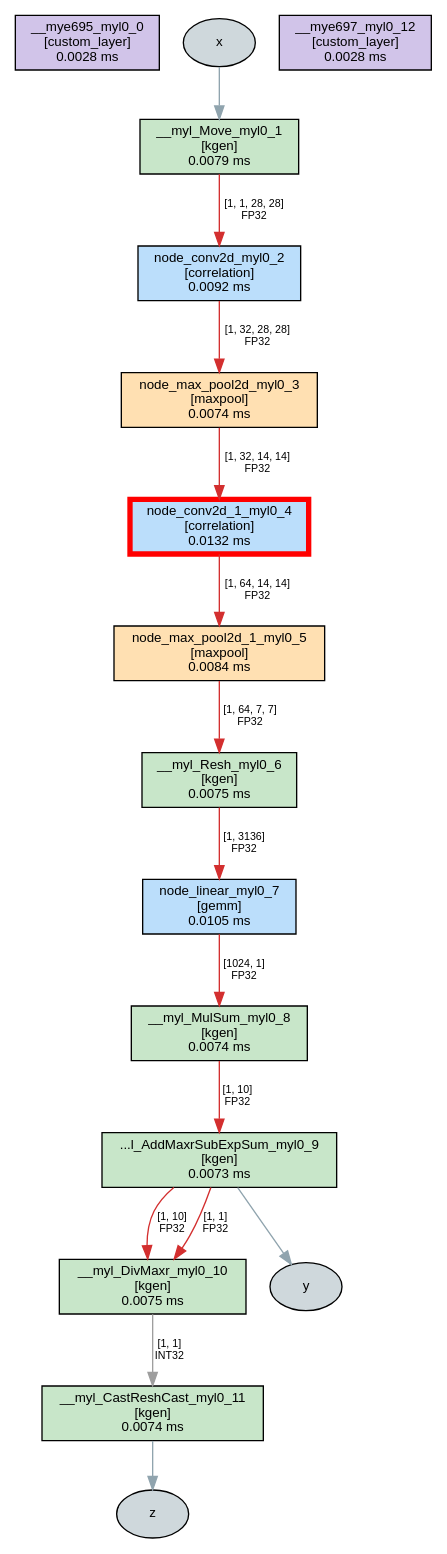
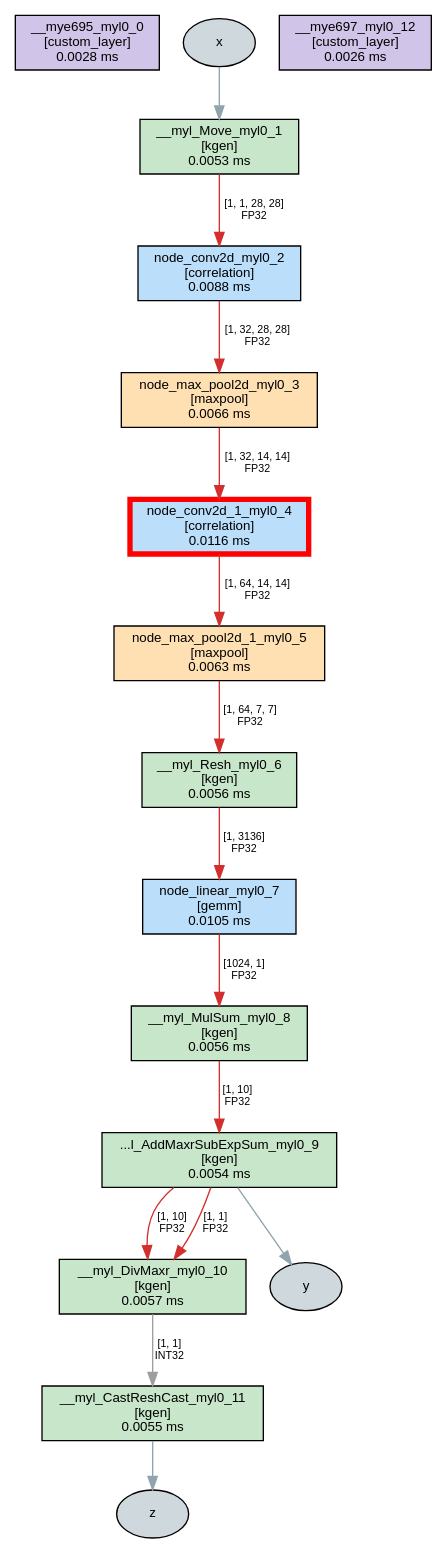
The diagram in cookbook/07-Tool/EngineVisualization/result-engine.gv (wili-65535/trt-samples-for-hackathon-cn), drawn with Graphviz before and after one commit. The commit also changed 359 other files, not shown here.

```diff
--- a/cookbook/07-Tool/EngineVisualization/result-engine.gv
+++ b/cookbook/07-Tool/EngineVisualization/result-engine.gv
@@ -3,18 +3,18 @@
   node [shape=rectangle, style=filled, fontname="Helvetica", fontsize=10];
   edge [fontname="Helvetica", fontsize=8];
   n0 [label="__mye695_myl0_0\n[custom_layer]\n0.0028 ms", fillcolor="#D1C4E9", tooltip="name: __mye695_myl0_0&#10;type: custom_layer&#10;latency: 0.0028 ms&#10;input: l2_cache_policy_inputs_0_myl0 [4] UInt8 (Linear) Row major linear format&#10;input: l2_cache_policy_inputs_1_myl0 [36] UInt8 (Linear) Row major linear format&#10;input: l2_cache_policy_inputs_2_myl0 [4] UInt8 (Linear) Row major linear format&#10;input: l2_cache_policy_inputs_3_myl0 [40] UInt8 (Linear) Row major linear format&#10;input: l2_cache_policy_inputs_4_myl0 [88] UInt8 (Linear) Row major linear format&#10;input: l2_cache_policy_inputs_5_myl0 [124] UInt8 (Linear) Row major linear format&#10;input: l2_cache_policy_inputs_6_myl0 [88] UInt8 (Linear) Row major linear format&#10;input: l2_cache_policy_inputs_7_myl0 [4] UInt8 (Linear) Row major linear format&#10;input: l2_cache_policy_inputs_8_myl0 [2748] UInt8 (Linear) Row major linear format&#10;input: l2_cache_policy_inputs_9_myl0 [9344] UInt8 (Linear) Row major linear format&#10;input: l2_cache_policy_inputs_10_myl0 [4096] UInt8 (Linear) Row major linear format&#10;input: l2_cache_policy_inputs_11_myl0 [64] UInt8 (Linear) Row major linear format&#10;input: l2_cache_policy_inputs_12_myl0 [33536] UInt8 (Linear) Row major linear format&#10;input: l2_cache_policy_inputs_13_myl0 [12544] UInt8 (Linear) Row major linear format&#10;input: l2_cache_policy_inputs_14_myl0 [40832] UInt8 (Linear) Row major linear format&#10;input: l2_cache_policy_inputs_15_myl0 [25088] UInt8 (Linear) Row major linear format&#10;input: l2_cache_management_device_0_myl0 [256] UInt64 (Linear) Row major linear format&#10;input: l2_cache_management_host_0_myl0 [1] UInt64 (Linear) Row major linear format"];
-  n1 [label="__myl_Move_myl0_1\n[kgen]\n0.0079 ms", fillcolor="#C8E6C9", tooltip="name: __myl_Move_myl0_1&#10;type: kgen&#10;tactic: __myl_Move_0x7c5792c8b90390f33ed500020cefee34&#10;latency: 0.0079 ms&#10;input: x [1, 1, 28, 28] Float (Linear) Row major linear format&#10;output: relu.1_2_myl0 [1, 1, 28, 28] Float (NHWC) Channel major format"];
-  n2 [label="node_conv2d_myl0_2\n[correlation]\n0.0092 ms", fillcolor="#BBDEFB", tooltip="name: node_conv2d_myl0_2&#10;type: correlation&#10;tactic: sm80_xmma_fprop_implicit_gemm_indexed_wo_smem_f32f32_tf32f32_f32_nhwckrsc_nhwc_tilesize128x16x32_stage1_warpsize4x1x1_g1_tensor16x8x8_aligna4_alignc8&#10;metadata: [ONNX Layer: node_conv2d][ONNX Layer: node_relu]&#10;constants: [{'Name': '__mye612dconst_myl0', 'Dimensions': [32, 1, 5, 5], 'Strides': [25, 1, 5, 1], 'StrideOrder': [3, 0, 2, 1], 'Datatype': 'Float', 'Format': '(NHWC) Channel major format'}, {'Name': '__mye699_const_myl0', 'Dimensions': [1], 'Strides': [1], 'StrideOrder': [0], 'Datatype': 'Float', 'Format': '(Linear) Row major linear format'}, {'Name': '__mye703_const_myl0', 'Dimensions': [1], 'Strides': [1], 'StrideOrder': [0], 'Datatype': 'Float', 'Format': '(Linear) Row major linear format'}, {'Name': '__mye617dconst_myl0', 'Dimensions': [1, 32, 1, 1], 'Strides': [32, 1, 32, 32], 'StrideOrder': [3, 0, 2, 1], 'Datatype': 'Float', 'Format': '(NHWC) Channel major format'}]&#10;latency: 0.0092 ms&#10;input: relu.1_2_myl0 [1, 1, 28, 28] Float (NHWC) Channel major format&#10;output: max_pool2d.1_3_myl0 [1, 32, 28, 28] Float (NHWC) Channel major format"];
-  n3 [label="node_max_pool2d_myl0_3\n[maxpool]\n0.0074 ms", fillcolor="#FFE0B2", tooltip="name: node_max_pool2d_myl0_3&#10;type: maxpool&#10;tactic: sm50_xmma_pooling_max_nhwc_FP32FP32_WINDOWSIZE_0_PROPAGATE_NAN_2D&#10;metadata: [ONNX Layer: node_max_pool2d]&#10;latency: 0.0074 ms&#10;input: max_pool2d.1_3_myl0 [1, 32, 28, 28] Float (NHWC) Channel major format&#10;output: relu_1.1_4_myl0 [1, 32, 14, 14] Float (NHWC) Channel major format"];
-  n4 [label="node_conv2d_1_myl0_4\n[correlation]\n0.0132 ms", fillcolor="#BBDEFB", tooltip="name: node_conv2d_1_myl0_4&#10;type: correlation&#10;tactic: cutlass3x_sm100_tensorop_s128x128x8tf32implicit_gemm_fprop_f32_f32_f32_f32_f32_f32_128x128x32_dyn_cga_ndhwc_ndhwc_ndhwc_align4_2sm_relu_valpha_vbeta&#10;metadata: [ONNX Layer: node_conv2d_1][ONNX Layer: node_relu_1]&#10;constants: [{'Name': '__mye622dconst_myl0', 'Dimensions': [64, 32, 5, 5], 'Strides': [800, 1, 160, 32], 'StrideOrder': [3, 0, 2, 1], 'Datatype': 'Float', 'Format': '(NHWC) Channel major format'}, {'Name': '__mye699_const_myl0', 'Dimensions': [1], 'Strides': [1], 'StrideOrder': [0], 'Datatype': 'Float', 'Format': '(Linear) Row major linear format'}, {'Name': '__mye703_const_myl0', 'Dimensions': [1], 'Strides': [1], 'StrideOrder': [0], 'Datatype': 'Float', 'Format': '(Linear) Row major linear format'}, {'Name': '__mye627dconst_myl0', 'Dimensions': [1, 64, 1, 1], 'Strides': [64, 1, 64, 64], 'StrideOrder': [3, 0, 2, 1], 'Datatype': 'Float', 'Format': '(NHWC) Channel major format'}]&#10;latency: 0.0132 ms&#10;input: relu_1.1_4_myl0 [1, 32, 14, 14] Float (NHWC) Channel major format&#10;output: max_pool2d_1.1_5_myl0 [1, 64, 14, 14] Float (NHWC) Channel major format", penwidth=4, color="red"];
-  n5 [label="node_max_pool2d_1_myl0_5\n[maxpool]\n0.0084 ms", fillcolor="#FFE0B2", tooltip="name: node_max_pool2d_1_myl0_5&#10;type: maxpool&#10;tactic: sm50_xmma_pooling_max_nhwc_FP32FP32_WINDOWSIZE_0_PROPAGATE_NAN_2D&#10;metadata: [ONNX Layer: node_max_pool2d_1]&#10;latency: 0.0084 ms&#10;input: max_pool2d_1.1_5_myl0 [1, 64, 14, 14] Float (NHWC) Channel major format&#10;output: __myln_k_arg__bb1_6_myl0 [1, 64, 7, 7] Float (NHWC) Channel major format"];
-  n6 [label="__myl_Resh_myl0_6\n[kgen]\n0.0075 ms", fillcolor="#C8E6C9", tooltip="name: __myl_Resh_myl0_6&#10;type: kgen&#10;tactic: __myl_Resh_0x4155422b648f1f4214c3704bba2e00a0&#10;metadata: [ONNX Layer: node_view]&#10;latency: 0.0075 ms&#10;input: __myln_k_arg__bb1_6_myl0 [1, 64, 7, 7] Float (NHWC) Channel major format&#10;output: relu_2.1_7_myl0 [1, 3136] Float (Linear) Row major linear format"];
-  n7 [label="node_linear_myl0_7\n[gemm]\n0.0105 ms", fillcolor="#BBDEFB", tooltip="name: node_linear_myl0_7&#10;type: gemm&#10;tactic: sm50_xmma_cublas_gemvx_f32f32_f32_f32_tn_n_int32_unit_n_launch_param4x32x32_strided_unit_stride&#10;metadata: [ONNX Layer: node_linear][ONNX Layer: node_relu_2]&#10;constants: [{'Name': 'gemm1.weight_constantFloat_myl0', 'Dimensions': [3136, 1024], 'Strides': [1, 3136], 'StrideOrder': [0, 1], 'Datatype': 'Float', 'Format': '(Transposed) Transposed format'}, {'Name': '__mye504node_linear_alpha_myl0', 'Dimensions': [1], 'Strides': [1], 'StrideOrder': [0], 'Datatype': 'Float', 'Format': '(Linear) Row major linear format'}, {'Name': '__mye505node_linear_beta_myl0', 'Dimensions': [1], 'Strides': [1], 'StrideOrder': [0], 'Datatype': 'Float', 'Format': '(Linear) Row major linear format'}, {'Name': 'gemm1.bias + ONNXTRT_Broadcast_constantFloat_myl0', 'Dimensions': [1, 1024], 'Strides': [1024, 1], 'StrideOrder': [1, 0], 'Datatype': 'Float', 'Format': '(Linear) Row major linear format'}]&#10;latency: 0.0105 ms&#10;input: relu_2.1_7_myl0 [1, 3136] Float (Linear) Row major linear format&#10;output: relu_2.1_myl0 [1, 1024] Float (Linear) Row major linear format"];
-  n8 [label="__myl_MulSum_myl0_8\n[kgen]\n0.0074 ms", fillcolor="#C8E6C9", tooltip="name: __myl_MulSum_myl0_8&#10;type: kgen&#10;tactic: __myl_MulSum_0xf51780477f7b66bae3896079c053d676&#10;metadata: [ONNX Layer: node_linear_1]&#10;constants: [{'Name': 'gemm2.weight_constantFloat_myl0', 'Dimensions': [1024, 10], 'Strides': [1, 1024], 'StrideOrder': [0, 1], 'Datatype': 'Float', 'Format': '(Transposed) Transposed format'}]&#10;latency: 0.0074 ms&#10;input: relu_2.1_myl0 [1024, 1] Float (Linear) Row major linear format&#10;output: __myln_k_arg__bb1_9_myl0 [1, 10] Float (Linear) Row major linear format"];
-  n9 [label="...l_AddMaxrSubExpSum_myl0_9\n[kgen]\n0.0073 ms", fillcolor="#C8E6C9", tooltip="name: __myl_AddMaxrSubExpSum_myl0_9&#10;type: kgen&#10;tactic: __myl_AddMaxrSubExpSum_0x574acd01f7517732d5f2fd1c9042a089&#10;metadata: [ONNX Layer: node_linear_1][ONNX Layer: node_softmax]&#10;constants: [{'Name': 'gemm2.bias + ONNXTRT_Broadcast_4_constantFloat_myl0', 'Dimensions': [1, 10], 'Strides': [10, 1], 'StrideOrder': [1, 0], 'Datatype': 'Float', 'Format': '(Linear) Row major linear format'}]&#10;latency: 0.0073 ms&#10;input: __myln_k_arg__bb1_9_myl0 [1, 10] Float (Linear) Row major linear format&#10;output: __myln_k_arg__bb1_12_myl0 [1, 10] Float (Linear) Row major linear format&#10;output: __myln_k_arg__bb1_11_myl0 [1, 1] Float (Linear) Row major linear format&#10;output: y [1, 10] Float (Linear) Row major linear format"];
-  n10 [label="__myl_DivMaxr_myl0_10\n[kgen]\n0.0075 ms", fillcolor="#C8E6C9", tooltip="name: __myl_DivMaxr_myl0_10&#10;type: kgen&#10;tactic: __myl_DivMaxr_0xb586b6ef538ec22645e83c2d48682616&#10;metadata: [ONNX Layer: node_softmax][ONNX Layer: node_argmax]&#10;latency: 0.0075 ms&#10;input: __myln_k_arg__bb1_12_myl0 [1, 10] Float (Linear) Row major linear format&#10;input: __myln_k_arg__bb1_11_myl0 [1, 1] Float (Linear) Row major linear format&#10;output: node_argmax_output.1_myl0 [1, 1] Float (Linear) Row major linear format&#10;output: __myln_k_arg__bb1_14_myl0 [1, 1] Int32 (Linear) Row major linear format"];
-  n11 [label="__myl_CastReshCast_myl0_11\n[kgen]\n0.0074 ms", fillcolor="#C8E6C9", tooltip="name: __myl_CastReshCast_myl0_11&#10;type: kgen&#10;tactic: __myl_CastReshCast_0x5baf1ddb7083512f99818d0d7872c872&#10;latency: 0.0074 ms&#10;input: __myln_k_arg__bb1_14_myl0 [1, 1] Int32 (Linear) Row major linear format&#10;output: z [1] Int64 (Linear) Row major linear format"];
-  n12 [label="__mye697_myl0_12\n[custom_layer]\n0.0028 ms", fillcolor="#D1C4E9", tooltip="name: __mye697_myl0_12&#10;type: custom_layer&#10;latency: 0.0028 ms&#10;input: l2_cache_policy_inputs_0_myl0 [4] UInt8 (Linear) Row major linear format&#10;input: l2_cache_policy_inputs_1_myl0 [36] UInt8 (Linear) Row major linear format&#10;input: l2_cache_policy_inputs_2_myl0 [4] UInt8 (Linear) Row major linear format&#10;input: l2_cache_policy_inputs_3_myl0 [40] UInt8 (Linear) Row major linear format&#10;input: l2_cache_policy_inputs_4_myl0 [88] UInt8 (Linear) Row major linear format&#10;input: l2_cache_policy_inputs_5_myl0 [124] UInt8 (Linear) Row major linear format&#10;input: l2_cache_policy_inputs_6_myl0 [88] UInt8 (Linear) Row major linear format&#10;input: l2_cache_policy_inputs_7_myl0 [4] UInt8 (Linear) Row major linear format&#10;input: l2_cache_policy_inputs_8_myl0 [2748] UInt8 (Linear) Row major linear format&#10;input: l2_cache_policy_inputs_9_myl0 [9344] UInt8 (Linear) Row major linear format&#10;input: l2_cache_policy_inputs_10_myl0 [4096] UInt8 (Linear) Row major linear format&#10;input: l2_cache_policy_inputs_11_myl0 [64] UInt8 (Linear) Row major linear format&#10;input: l2_cache_policy_inputs_12_myl0 [33536] UInt8 (Linear) Row major linear format&#10;input: l2_cache_policy_inputs_13_myl0 [12544] UInt8 (Linear) Row major linear format&#10;input: l2_cache_policy_inputs_14_myl0 [40832] UInt8 (Linear) Row major linear format&#10;input: l2_cache_policy_inputs_15_myl0 [25088] UInt8 (Linear) Row major linear format&#10;input: l2_cache_management_device_0_myl0 [256] UInt64 (Linear) Row major linear format&#10;input: l2_cache_management_host_0_myl0 [1] UInt64 (Linear) Row major linear format"];
+  n1 [label="__myl_Move_myl0_1\n[kgen]\n0.0053 ms", fillcolor="#C8E6C9", tooltip="name: __myl_Move_myl0_1&#10;type: kgen&#10;tactic: __myl_Move_0x7c5792c8b90390f33ed500020cefee34&#10;latency: 0.0053 ms&#10;input: x [1, 1, 28, 28] Float (Linear) Row major linear format&#10;output: relu.1_2_myl0 [1, 1, 28, 28] Float (NHWC) Channel major format"];
+  n2 [label="node_conv2d_myl0_2\n[correlation]\n0.0088 ms", fillcolor="#BBDEFB", tooltip="name: node_conv2d_myl0_2&#10;type: correlation&#10;tactic: sm80_xmma_fprop_implicit_gemm_indexed_wo_smem_f32f32_tf32f32_f32_nhwckrsc_nhwc_tilesize128x16x32_stage1_warpsize4x1x1_g1_tensor16x8x8_aligna4_alignc8&#10;metadata: [ONNX Layer: node_conv2d][ONNX Layer: node_relu]&#10;constants: [{'Name': '__mye612dconst_myl0', 'Dimensions': [32, 1, 5, 5], 'Strides': [25, 1, 5, 1], 'StrideOrder': [3, 0, 2, 1], 'Datatype': 'Float', 'Format': '(NHWC) Channel major format'}, {'Name': '__mye699_const_myl0', 'Dimensions': [1], 'Strides': [1], 'StrideOrder': [0], 'Datatype': 'Float', 'Format': '(Linear) Row major linear format'}, {'Name': '__mye703_const_myl0', 'Dimensions': [1], 'Strides': [1], 'StrideOrder': [0], 'Datatype': 'Float', 'Format': '(Linear) Row major linear format'}, {'Name': '__mye617dconst_myl0', 'Dimensions': [1, 32, 1, 1], 'Strides': [32, 1, 32, 32], 'StrideOrder': [3, 0, 2, 1], 'Datatype': 'Float', 'Format': '(NHWC) Channel major format'}]&#10;latency: 0.0088 ms&#10;input: relu.1_2_myl0 [1, 1, 28, 28] Float (NHWC) Channel major format&#10;output: max_pool2d.1_3_myl0 [1, 32, 28, 28] Float (NHWC) Channel major format"];
+  n3 [label="node_max_pool2d_myl0_3\n[maxpool]\n0.0066 ms", fillcolor="#FFE0B2", tooltip="name: node_max_pool2d_myl0_3&#10;type: maxpool&#10;tactic: sm50_xmma_pooling_max_nhwc_FP32FP32_WINDOWSIZE_0_PROPAGATE_NAN_2D&#10;metadata: [ONNX Layer: node_max_pool2d]&#10;latency: 0.0066 ms&#10;input: max_pool2d.1_3_myl0 [1, 32, 28, 28] Float (NHWC) Channel major format&#10;output: relu_1.1_4_myl0 [1, 32, 14, 14] Float (NHWC) Channel major format"];
+  n4 [label="node_conv2d_1_myl0_4\n[correlation]\n0.0116 ms", fillcolor="#BBDEFB", tooltip="name: node_conv2d_1_myl0_4&#10;type: correlation&#10;tactic: cutlass3x_sm100_tensorop_s256x128x8tf32implicit_gemm_fprop_f32_f32_f32_f32_f32_f32_256x128x32_dyn_cga_ndhwc_ndhwc_ndhwc_align4_2sm_relu_valpha_vbeta&#10;metadata: [ONNX Layer: node_conv2d_1][ONNX Layer: node_relu_1]&#10;constants: [{'Name': '__mye622dconst_myl0', 'Dimensions': [64, 32, 5, 5], 'Strides': [800, 1, 160, 32], 'StrideOrder': [3, 0, 2, 1], 'Datatype': 'Float', 'Format': '(NHWC) Channel major format'}, {'Name': '__mye699_const_myl0', 'Dimensions': [1], 'Strides': [1], 'StrideOrder': [0], 'Datatype': 'Float', 'Format': '(Linear) Row major linear format'}, {'Name': '__mye703_const_myl0', 'Dimensions': [1], 'Strides': [1], 'StrideOrder': [0], 'Datatype': 'Float', 'Format': '(Linear) Row major linear format'}, {'Name': '__mye627dconst_myl0', 'Dimensions': [1, 64, 1, 1], 'Strides': [64, 1, 64, 64], 'StrideOrder': [3, 0, 2, 1], 'Datatype': 'Float', 'Format': '(NHWC) Channel major format'}]&#10;latency: 0.0116 ms&#10;input: relu_1.1_4_myl0 [1, 32, 14, 14] Float (NHWC) Channel major format&#10;output: max_pool2d_1.1_5_myl0 [1, 64, 14, 14] Float (NHWC) Channel major format", penwidth=4, color="red"];
+  n5 [label="node_max_pool2d_1_myl0_5\n[maxpool]\n0.0063 ms", fillcolor="#FFE0B2", tooltip="name: node_max_pool2d_1_myl0_5&#10;type: maxpool&#10;tactic: sm50_xmma_pooling_max_nhwc_FP32FP32_WINDOWSIZE_0_PROPAGATE_NAN_2D&#10;metadata: [ONNX Layer: node_max_pool2d_1]&#10;latency: 0.0063 ms&#10;input: max_pool2d_1.1_5_myl0 [1, 64, 14, 14] Float (NHWC) Channel major format&#10;output: __myln_k_arg__bb1_6_myl0 [1, 64, 7, 7] Float (NHWC) Channel major format"];
+  n6 [label="__myl_Resh_myl0_6\n[kgen]\n0.0056 ms", fillcolor="#C8E6C9", tooltip="name: __myl_Resh_myl0_6&#10;type: kgen&#10;tactic: __myl_Resh_0x4155422b648f1f4214c3704bba2e00a0&#10;metadata: [ONNX Layer: node_view]&#10;latency: 0.0056 ms&#10;input: __myln_k_arg__bb1_6_myl0 [1, 64, 7, 7] Float (NHWC) Channel major format&#10;output: relu_2.1_7_myl0 [1, 3136] Float (Linear) Row major linear format"];
+  n7 [label="node_linear_myl0_7\n[gemm]\n0.0105 ms", fillcolor="#BBDEFB", tooltip="name: node_linear_myl0_7&#10;type: gemm&#10;tactic: sm50_xmma_cublas_gemvx_f32f32_f32_f32_tn_n_int32_unit_n_launch_param8x32x32_strided_unit_stride&#10;metadata: [ONNX Layer: node_linear][ONNX Layer: node_relu_2]&#10;constants: [{'Name': 'gemm1.weight_constantFloat_myl0', 'Dimensions': [3136, 1024], 'Strides': [1, 3136], 'StrideOrder': [0, 1], 'Datatype': 'Float', 'Format': '(Transposed) Transposed format'}, {'Name': '__mye504node_linear_alpha_myl0', 'Dimensions': [1], 'Strides': [1], 'StrideOrder': [0], 'Datatype': 'Float', 'Format': '(Linear) Row major linear format'}, {'Name': '__mye505node_linear_beta_myl0', 'Dimensions': [1], 'Strides': [1], 'StrideOrder': [0], 'Datatype': 'Float', 'Format': '(Linear) Row major linear format'}, {'Name': 'gemm1.bias + ONNXTRT_Broadcast_constantFloat_myl0', 'Dimensions': [1, 1024], 'Strides': [1024, 1], 'StrideOrder': [1, 0], 'Datatype': 'Float', 'Format': '(Linear) Row major linear format'}]&#10;latency: 0.0105 ms&#10;input: relu_2.1_7_myl0 [1, 3136] Float (Linear) Row major linear format&#10;output: relu_2.1_myl0 [1, 1024] Float (Linear) Row major linear format"];
+  n8 [label="__myl_MulSum_myl0_8\n[kgen]\n0.0056 ms", fillcolor="#C8E6C9", tooltip="name: __myl_MulSum_myl0_8&#10;type: kgen&#10;tactic: __myl_MulSum_0xf51780477f7b66bae3896079c053d676&#10;metadata: [ONNX Layer: node_linear_1]&#10;constants: [{'Name': 'gemm2.weight_constantFloat_myl0', 'Dimensions': [1024, 10], 'Strides': [1, 1024], 'StrideOrder': [0, 1], 'Datatype': 'Float', 'Format': '(Transposed) Transposed format'}]&#10;latency: 0.0056 ms&#10;input: relu_2.1_myl0 [1024, 1] Float (Linear) Row major linear format&#10;output: __myln_k_arg__bb1_9_myl0 [1, 10] Float (Linear) Row major linear format"];
+  n9 [label="...l_AddMaxrSubExpSum_myl0_9\n[kgen]\n0.0054 ms", fillcolor="#C8E6C9", tooltip="name: __myl_AddMaxrSubExpSum_myl0_9&#10;type: kgen&#10;tactic: __myl_AddMaxrSubExpSum_0x574acd01f7517732d5f2fd1c9042a089&#10;metadata: [ONNX Layer: node_linear_1][ONNX Layer: node_softmax]&#10;constants: [{'Name': 'gemm2.bias + ONNXTRT_Broadcast_4_constantFloat_myl0', 'Dimensions': [1, 10], 'Strides': [10, 1], 'StrideOrder': [1, 0], 'Datatype': 'Float', 'Format': '(Linear) Row major linear format'}]&#10;latency: 0.0054 ms&#10;input: __myln_k_arg__bb1_9_myl0 [1, 10] Float (Linear) Row major linear format&#10;output: __myln_k_arg__bb1_12_myl0 [1, 10] Float (Linear) Row major linear format&#10;output: __myln_k_arg__bb1_11_myl0 [1, 1] Float (Linear) Row major linear format&#10;output: y [1, 10] Float (Linear) Row major linear format"];
+  n10 [label="__myl_DivMaxr_myl0_10\n[kgen]\n0.0057 ms", fillcolor="#C8E6C9", tooltip="name: __myl_DivMaxr_myl0_10&#10;type: kgen&#10;tactic: __myl_DivMaxr_0xb586b6ef538ec22645e83c2d48682616&#10;metadata: [ONNX Layer: node_softmax][ONNX Layer: node_argmax]&#10;latency: 0.0057 ms&#10;input: __myln_k_arg__bb1_12_myl0 [1, 10] Float (Linear) Row major linear format&#10;input: __myln_k_arg__bb1_11_myl0 [1, 1] Float (Linear) Row major linear format&#10;output: node_argmax_output.1_myl0 [1, 1] Float (Linear) Row major linear format&#10;output: __myln_k_arg__bb1_14_myl0 [1, 1] Int32 (Linear) Row major linear format"];
+  n11 [label="__myl_CastReshCast_myl0_11\n[kgen]\n0.0055 ms", fillcolor="#C8E6C9", tooltip="name: __myl_CastReshCast_myl0_11&#10;type: kgen&#10;tactic: __myl_CastReshCast_0x5baf1ddb7083512f99818d0d7872c872&#10;latency: 0.0055 ms&#10;input: __myln_k_arg__bb1_14_myl0 [1, 1] Int32 (Linear) Row major linear format&#10;output: z [1] Int64 (Linear) Row major linear format"];
+  n12 [label="__mye697_myl0_12\n[custom_layer]\n0.0026 ms", fillcolor="#D1C4E9", tooltip="name: __mye697_myl0_12&#10;type: custom_layer&#10;latency: 0.0026 ms&#10;input: l2_cache_policy_inputs_0_myl0 [4] UInt8 (Linear) Row major linear format&#10;input: l2_cache_policy_inputs_1_myl0 [36] UInt8 (Linear) Row major linear format&#10;input: l2_cache_policy_inputs_2_myl0 [4] UInt8 (Linear) Row major linear format&#10;input: l2_cache_policy_inputs_3_myl0 [40] UInt8 (Linear) Row major linear format&#10;input: l2_cache_policy_inputs_4_myl0 [88] UInt8 (Linear) Row major linear format&#10;input: l2_cache_policy_inputs_5_myl0 [124] UInt8 (Linear) Row major linear format&#10;input: l2_cache_policy_inputs_6_myl0 [88] UInt8 (Linear) Row major linear format&#10;input: l2_cache_policy_inputs_7_myl0 [4] UInt8 (Linear) Row major linear format&#10;input: l2_cache_policy_inputs_8_myl0 [2748] UInt8 (Linear) Row major linear format&#10;input: l2_cache_policy_inputs_9_myl0 [9344] UInt8 (Linear) Row major linear format&#10;input: l2_cache_policy_inputs_10_myl0 [4096] UInt8 (Linear) Row major linear format&#10;input: l2_cache_policy_inputs_11_myl0 [64] UInt8 (Linear) Row major linear format&#10;input: l2_cache_policy_inputs_12_myl0 [33536] UInt8 (Linear) Row major linear format&#10;input: l2_cache_policy_inputs_13_myl0 [12544] UInt8 (Linear) Row major linear format&#10;input: l2_cache_policy_inputs_14_myl0 [40832] UInt8 (Linear) Row major linear format&#10;input: l2_cache_policy_inputs_15_myl0 [25088] UInt8 (Linear) Row major linear format&#10;input: l2_cache_management_device_0_myl0 [256] UInt64 (Linear) Row major linear format&#10;input: l2_cache_management_host_0_myl0 [1] UInt64 (Linear) Row major linear format"];
   "in_x" [label="x", shape=oval, fillcolor="#CFD8DC"];
   "out_y" [label="y", shape=oval, fillcolor="#CFD8DC"];
   "out_z" [label="z", shape=oval, fillcolor="#CFD8DC"];
```
